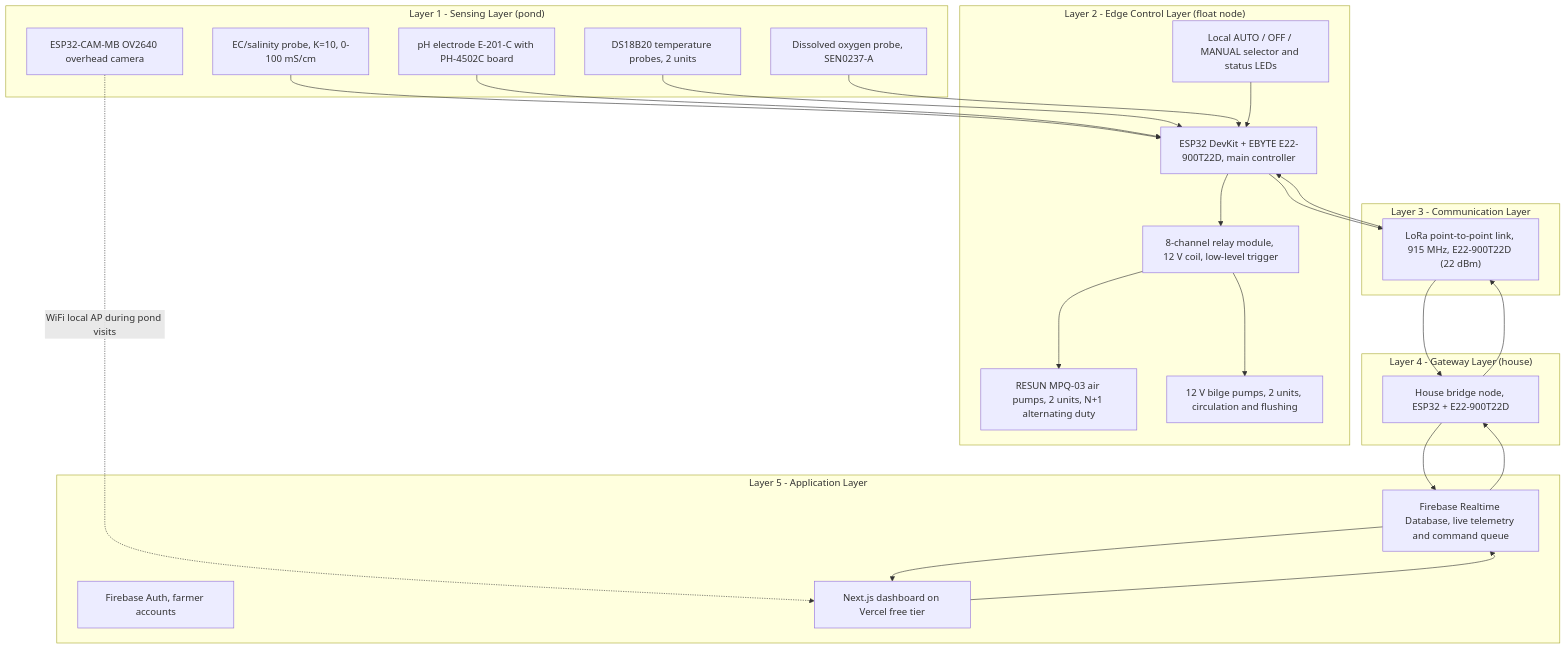
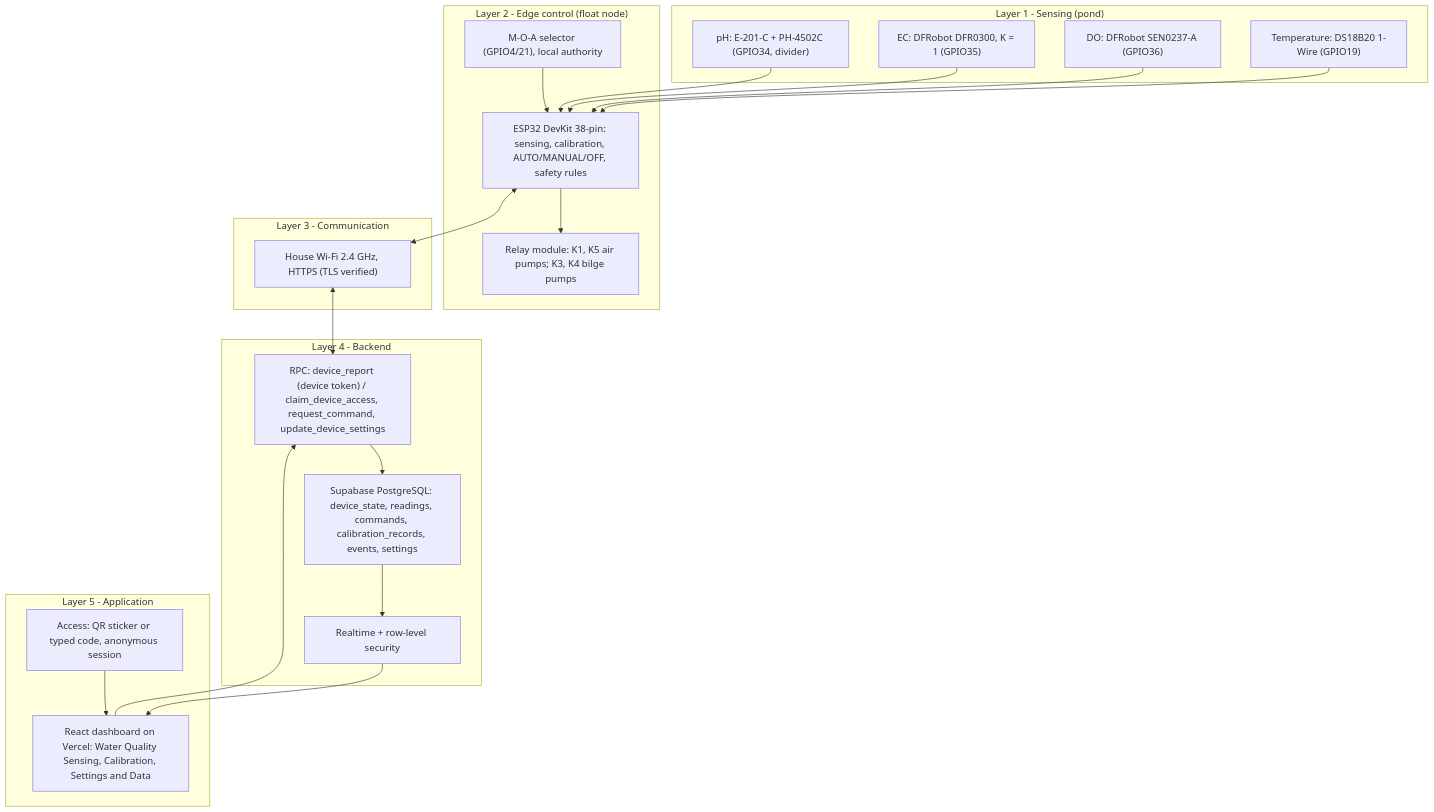
The diagram in docs/SYSTEM-ARCHITECTURE.md (MJDemotica/SALIMANGO), drawn with Mermaid before and after one commit. The commit also changed other lines of this file and 18 other files, not shown here.

````diff
--- a/docs/SYSTEM-ARCHITECTURE.md
+++ b/docs/SYSTEM-ARCHITECTURE.md
@@ -9,50 +26,44 @@
 ```mermaid
 flowchart TB
-    subgraph L1["Layer 1 - Sensing Layer (pond)"]
-        S1["EC/salinity probe, K=10, 0-100 mS/cm"]
-        S2["pH electrode E-201-C with PH-4502C board"]
-        S3["DS18B20 temperature probes, 2 units"]
-        S4["Dissolved oxygen probe, SEN0237-A"]
-        S5["ESP32-CAM-MB OV2640 overhead camera"]
+    subgraph L1["Layer 1 - Sensing (pond)"]
+        S1["pH: E-201-C + PH-4502C (GPIO34, divider)"]
+        S2["EC: DFRobot DFR0300, K = 1 (GPIO35)"]
+        S3["DO: DFRobot SEN0237-A (GPIO36)"]
+        S4["Temperature: DS18B20 1-Wire (GPIO19)"]
     end
 
-    subgraph L2["Layer 2 - Edge Control Layer (float node)"]
-        C1["ESP32 DevKit + EBYTE E22-900T22D, main controller"]
-        C2["8-channel relay module, 12 V coil, low-level trigger"]
-        C3["RESUN MPQ-03 air pumps, 2 units, N+1 alternating duty"]
-        C4["12 V bilge pumps, 2 units, circulation and flushing"]
-        C5["Local AUTO / OFF / MANUAL selector and status LEDs"]
+    subgraph L2["Layer 2 - Edge control (float node)"]
+        C1["ESP32 DevKit 38-pin: sensing, calibration, AUTO/MANUAL/OFF, safety rules"]
+        C2["Relay module: K1, K5 air pumps; K3, K4 bilge pumps"]
+        C3["M-O-A selector (GPIO4/21), local authority"]
     end
 
-    subgraph L3["Layer 3 - Communication Layer"]
-        R1["LoRa point-to-point link, 915 MHz, E22-900T22D (22 dBm)"]
+    subgraph L3["Layer 3 - Communication"]
+        R1["House Wi-Fi 2.4 GHz, HTTPS (TLS verified)"]
     end
 
-    subgraph L4["Layer 4 - Gateway Layer (house)"]
-        G1["House bridge node, ESP32 + E22-900T22D"]
+    subgraph L4["Layer 4 - Backend"]
+        B1["Supabase PostgreSQL: device_state, readings, commands, calibration_records, events, settings"]
+        B2["RPC: device_report (device token) / claim_device_access, request_command, update_device_settings"]
+        B3["Realtime + row-level security"]
     end
 
-    subgraph L5["Layer 5 - Application Layer"]
-        F1["Firebase Realtime Database, live telemetry and command queue"]
-        F2["Firebase Auth, farmer accounts"]
-        D1["Next.js dashboard on Vercel free tier"]
+    subgraph L5["Layer 5 - Application"]
+        D1["React dashboard on Vercel: Water Quality Sensing, Calibration, Settings and Data"]
+        D2["Access: QR sticker or typed code, anonymous session"]
     end
 
     S1 --> C1
     S2 --> C1
     S3 --> C1
     S4 --> C1
-    S5 -. WiFi local AP during pond visits .-> D1
-    C5 --> C1
+    C3 --> C1
     C1 --> C2
-    C2 --> C3
-    C2 --> C4
-    C1 --> R1
-    R1 --> G1
-    G1 --> F1
-    F1 --> D1
-    D1 --> F1
-    F1 --> G1
-    G1 --> R1
-    R1 --> C1
+    C1 <--> R1
+    R1 <--> B2
+    B2 --> B1
+    B1 --> B3
+    B3 --> D1
+    D1 --> B2
+    D2 --> D1
 ```
````
